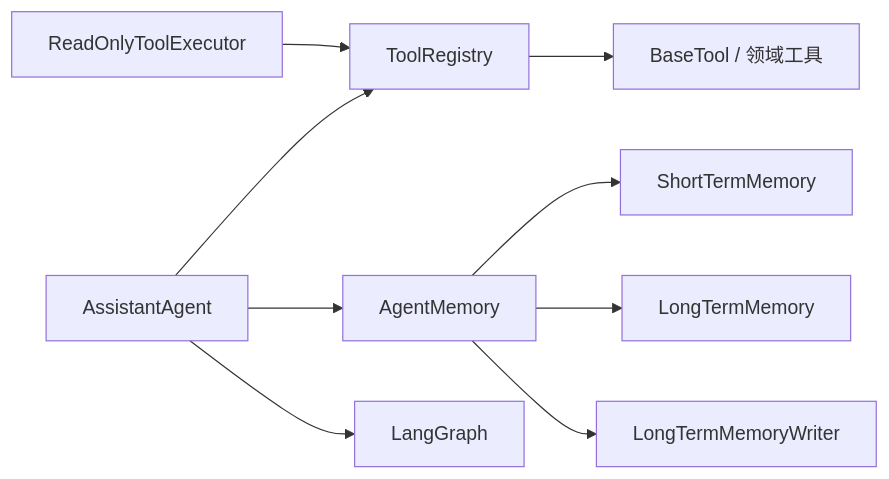
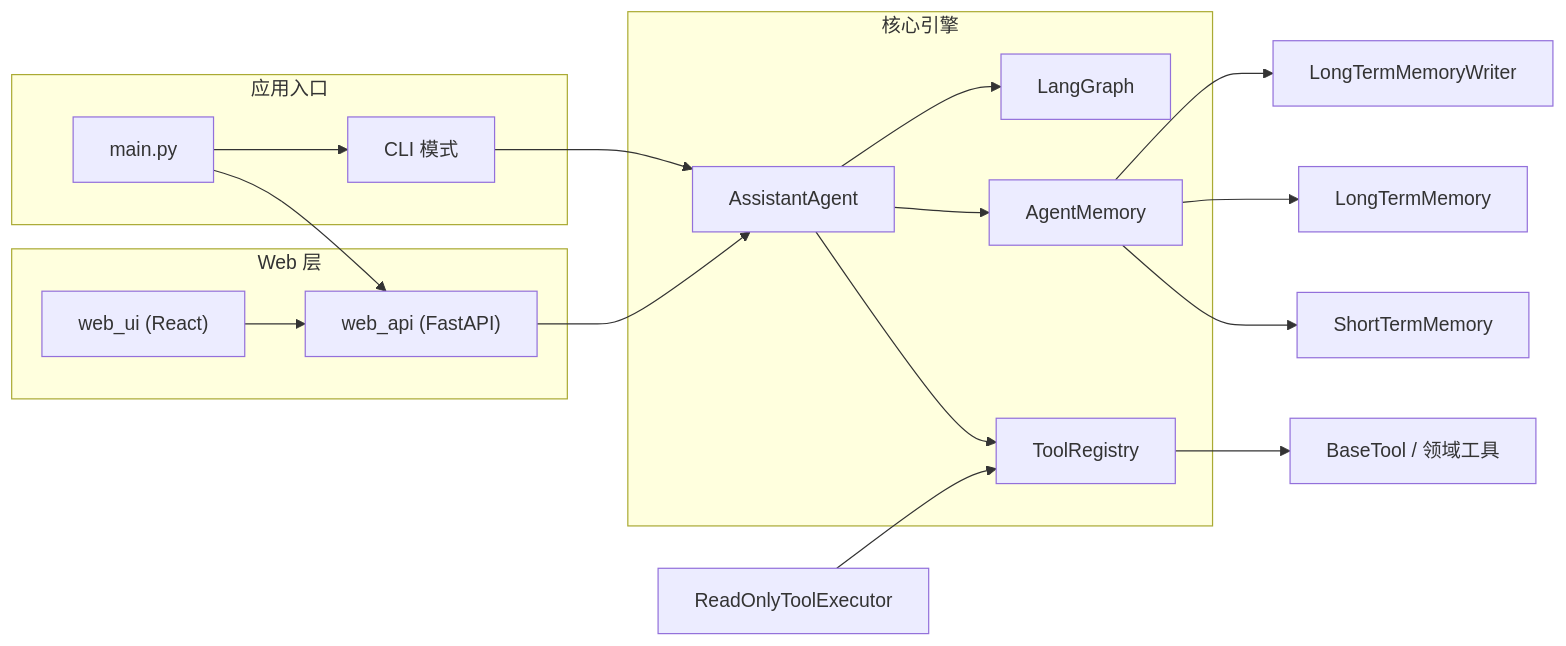
One commit to xyx1028/agentHelp changed diagram 14 of 14 in .qoder/repowiki/zh/content/架构设计/架构设计.md. Above: the diagram before and after it, drawn with Mermaid. The commit also changed other lines of this file and 73 other files, not shown here.

````diff
--- a/.qoder/repowiki/zh/content/架构设计/架构设计.md
+++ b/.qoder/repowiki/zh/content/架构设计/架构设计.md
@@ -375,11 +542,22 @@
 ```mermaid
 graph LR
+subgraph "Web 层"
+WebUI["web_ui (React)"] --> WebAPI["web_api (FastAPI)"]
+end
+subgraph "应用入口"
+Main["main.py"] --> WebAPI
+Main --> CLI["CLI 模式"]
+end
+subgraph "核心引擎"
 Agent["AssistantAgent"] --> Registry["ToolRegistry"]
 Agent --> Memory["AgentMemory"]
 Agent --> Graph["LangGraph"]
+end
+WebAPI --> Agent
+CLI --> Agent
 Registry --> Tools["BaseTool / 领域工具"]
 Memory --> Short["ShortTermMemory"]
 Memory --> Long["LongTermMemory"]
 Memory --> Writer["LongTermMemoryWriter"]
 Executor["ReadOnlyToolExecutor"] --> Registry
 ```
````
